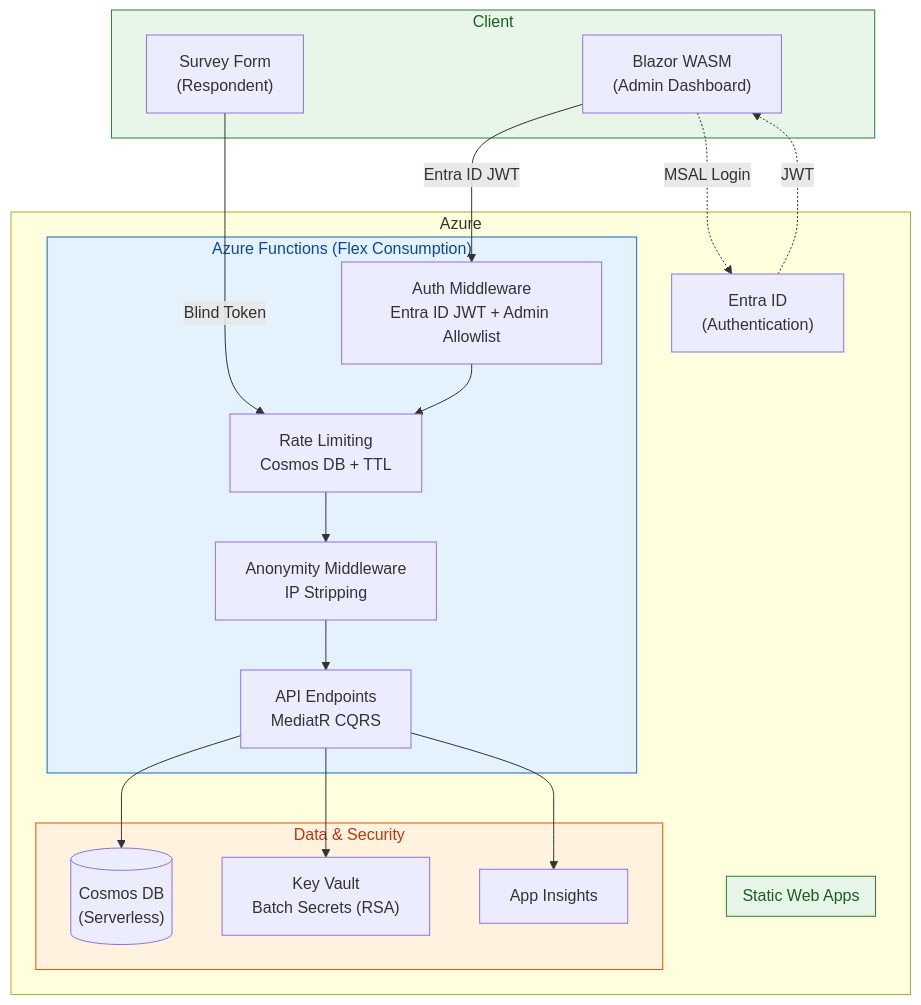
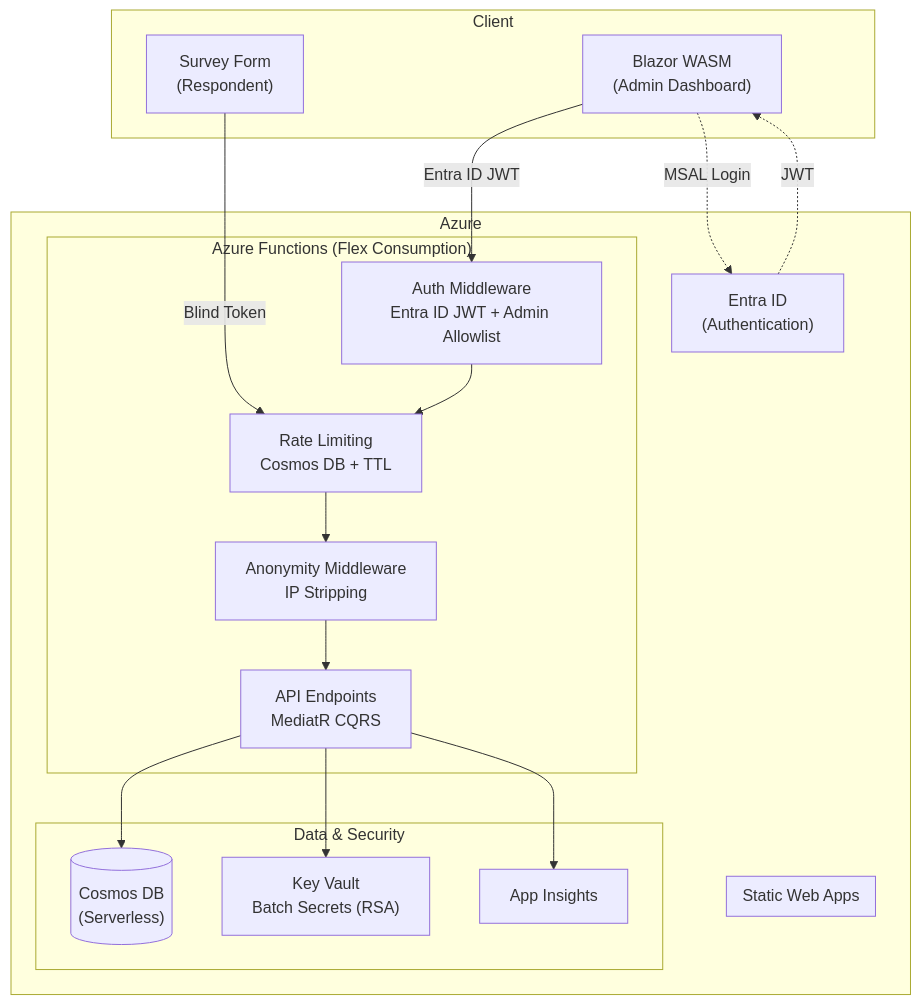
Before and after one commit to asachs/candour: the diagram in docs-site/docs/architecture/overview.md, drawn with Mermaid. The commit also changed 5 other files, not shown here.

First line of the commit message:
fix: remove hardcoded Mermaid colors for dark-mode compatibility

````diff
--- a/docs-site/docs/architecture/overview.md
+++ b/docs-site/docs/architecture/overview.md
@@ -15,45 +15,41 @@
 ```mermaid
 flowchart TB
     subgraph Client["Client"]
         BW["Blazor WASM<br/>(Admin Dashboard)"]
         RF["Survey Form<br/>(Respondent)"]
     end
 
     subgraph Azure["Azure"]
         subgraph SWA["Static Web Apps"]
             BW
             RF
         end
 
         subgraph Functions["Azure Functions (Flex Consumption)"]
             AUTH["Auth Middleware<br/>Entra ID JWT + Admin Allowlist"]
             RL["Rate Limiting<br/>Cosmos DB + TTL"]
             ANON["Anonymity Middleware<br/>IP Stripping"]
             API["API Endpoints<br/>MediatR CQRS"]
         end
 
         subgraph Data["Data & Security"]
             COSMOS[("Cosmos DB<br/>(Serverless)")]
             KV["Key Vault<br/>Batch Secrets (RSA)"]
             AI["App Insights"]
         end
 
         ENTRA["Entra ID<br/>(Authentication)"]
     end
 
     BW -->|"Entra ID JWT"| AUTH
     RF -->|"Blind Token"| RL
     AUTH --> RL
     RL --> ANON
     ANON --> API
     API --> COSMOS
     API --> KV
     API --> AI
     BW -.->|"MSAL Login"| ENTRA
     ENTRA -.->|"JWT"| BW
 
-    style Client fill:#e8f5e9,stroke:#2e7d32,color:#1b5e20
-    style Functions fill:#e3f2fd,stroke:#1565c0,color:#0d47a1
-    style Data fill:#fff3e0,stroke:#e65100,color:#bf360c
-    style SWA fill:#e8f5e9,stroke:#2e7d32,color:#1b5e20
 ```
````
